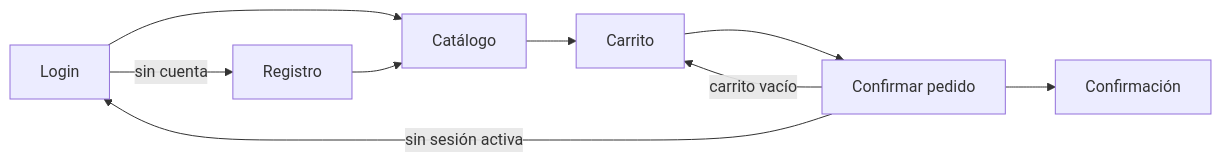
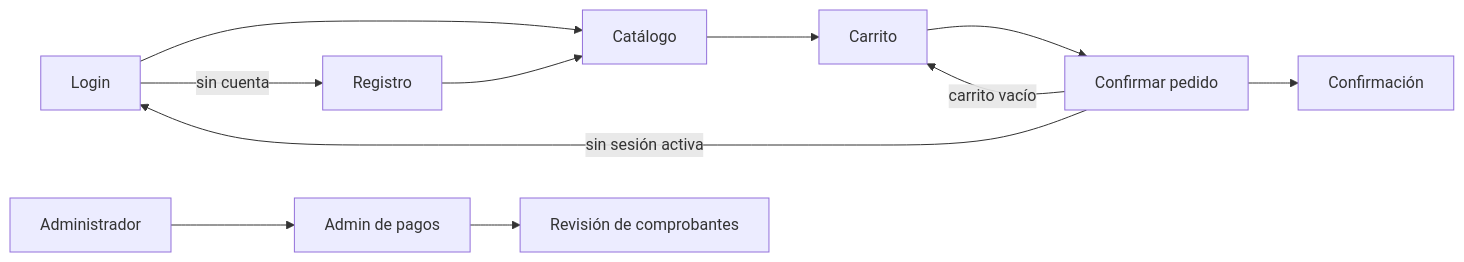
The fourth of 10 diagrams in docs/wiki/architecture-overview.md (HectorARiascosI/mileshop-platform), drawn with Mermaid before and after one commit. The commit also changed other lines of this file and 106 other files, not shown here.

````diff
--- a/docs/wiki/architecture-overview.md
+++ b/docs/wiki/architecture-overview.md
@@ -126,11 +141,13 @@
 ```mermaid
 flowchart LR
     Login[Login] --> Catalog[Catálogo]
     Register[Registro] --> Catalog
     Catalog --> Cart[Carrito]
     Cart --> Checkout[Confirmar pedido]
     Checkout --> Success[Confirmación]
     Checkout -->|sin sesión activa| Login
     Checkout -->|carrito vacío| Cart
     Login -->|sin cuenta| Register
+    Admin[Administrador] --> Payments[Admin de pagos]
+    Payments --> Review[Revisión de comprobantes]
 ```
````
